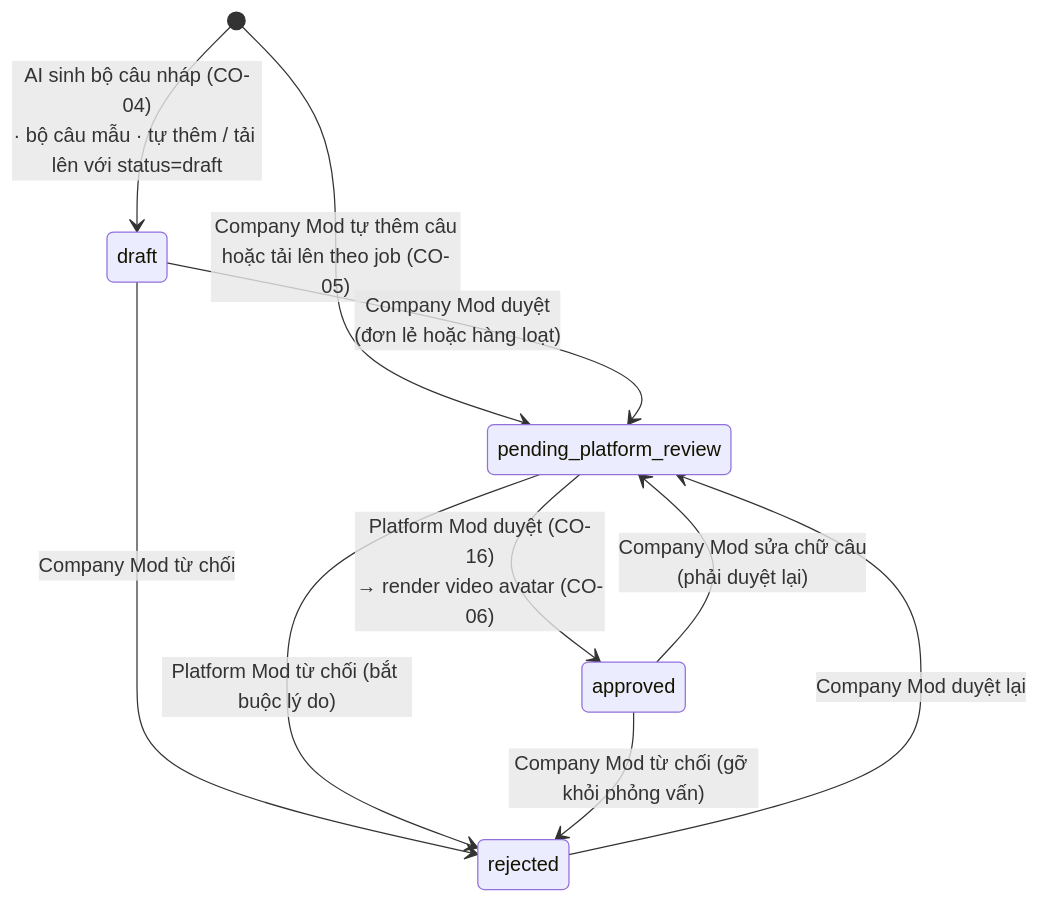
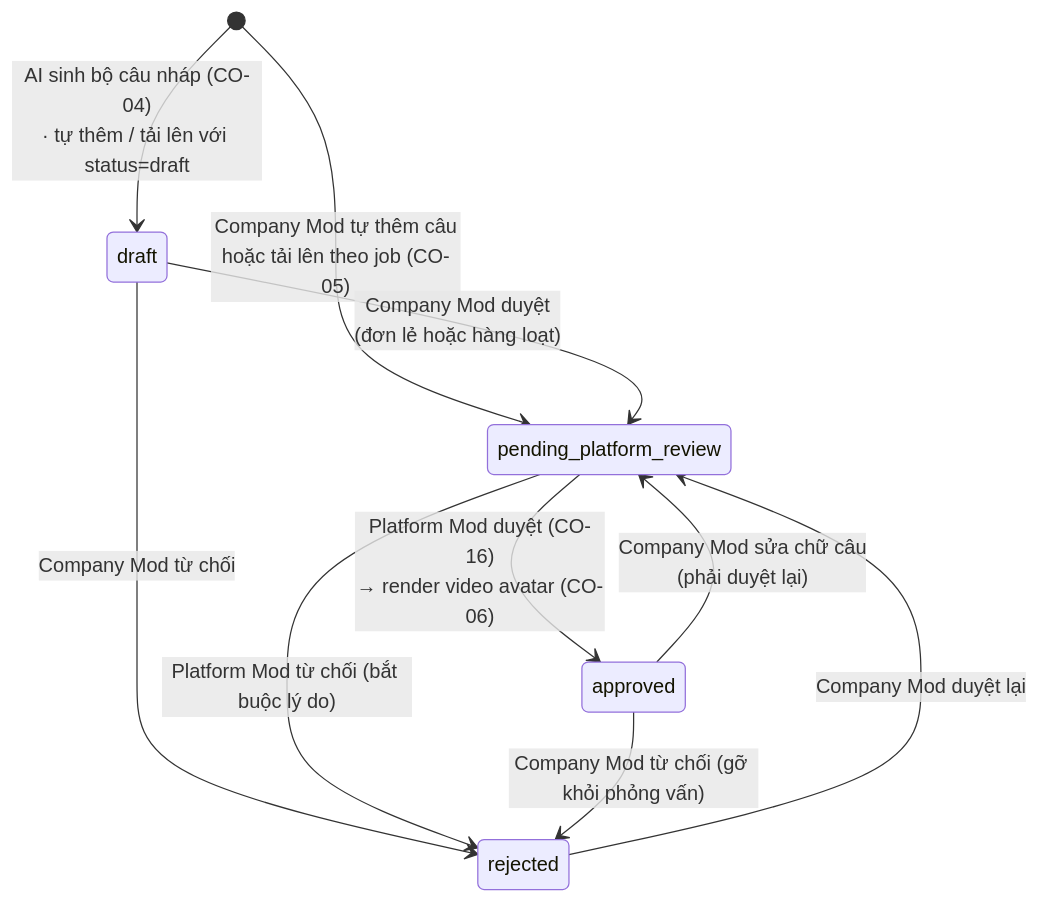
The seventh of 18 diagrams in docs/STATE_MACHINES.md (YenNhi206/ProInterview), drawn with Mermaid before and after one commit. The commit also changed other lines of this file and 5 other files, not shown here.

````diff
--- a/docs/STATE_MACHINES.md
+++ b/docs/STATE_MACHINES.md
@@ -188,14 +188,14 @@
 ```mermaid
 stateDiagram-v2
-    [*] --> draft : AI sinh bộ câu nháp (CO-04)<br/>· bộ câu mẫu · tự thêm / tải lên với status=draft
+    [*] --> draft : AI sinh bộ câu nháp (CO-04)<br/>· tự thêm / tải lên với status=draft
     [*] --> pending_platform_review : Company Mod tự thêm câu<br/>hoặc tải lên theo job (CO-05)
 
     draft --> pending_platform_review : Company Mod duyệt<br/>(đơn lẻ hoặc hàng loạt)
     draft --> rejected : Company Mod từ chối
     rejected --> pending_platform_review : Company Mod duyệt lại
 
     pending_platform_review --> approved : Platform Mod duyệt (CO-16)<br/>→ render video avatar (CO-06)
     pending_platform_review --> rejected : Platform Mod từ chối (bắt buộc lý do)
     approved --> pending_platform_review : Company Mod sửa chữ câu<br/>(phải duyệt lại)
     approved --> rejected : Company Mod từ chối (gỡ khỏi phỏng vấn)
 ```
````
